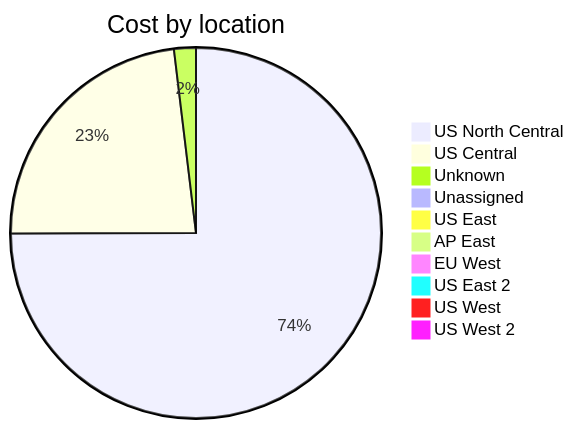
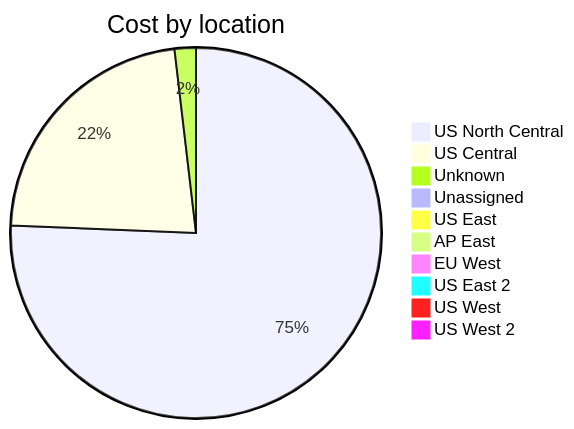
The third of 4 diagrams in cost-reports/accumulated-cost.md (jpfulton/azure-personal-reports), drawn with Mermaid before and after one commit. The commit also changed other lines of this file and 4 other files, not shown here.

````diff
--- a/cost-reports/accumulated-cost.md
+++ b/cost-reports/accumulated-cost.md
@@ -130,14 +130,14 @@
 ```mermaid
 pie
    title Cost by location
-   "US North Central" : 46.02
-   "US Central" : 14.21
-   "Unknown" : 1.17
-   "Unassigned" : 0.56
-   "US East" : 0.25
+   "US North Central" : 49.69
+   "US Central" : 14.78
+   "Unknown" : 1.22
+   "Unassigned" : 0.57
+   "US East" : 0.26
    "AP East" : 0.00
    "EU West" : 0.00
    "US East 2" : 0.00
    "US West" : 0.00
    "US West 2" : 0.00
 ```
````
